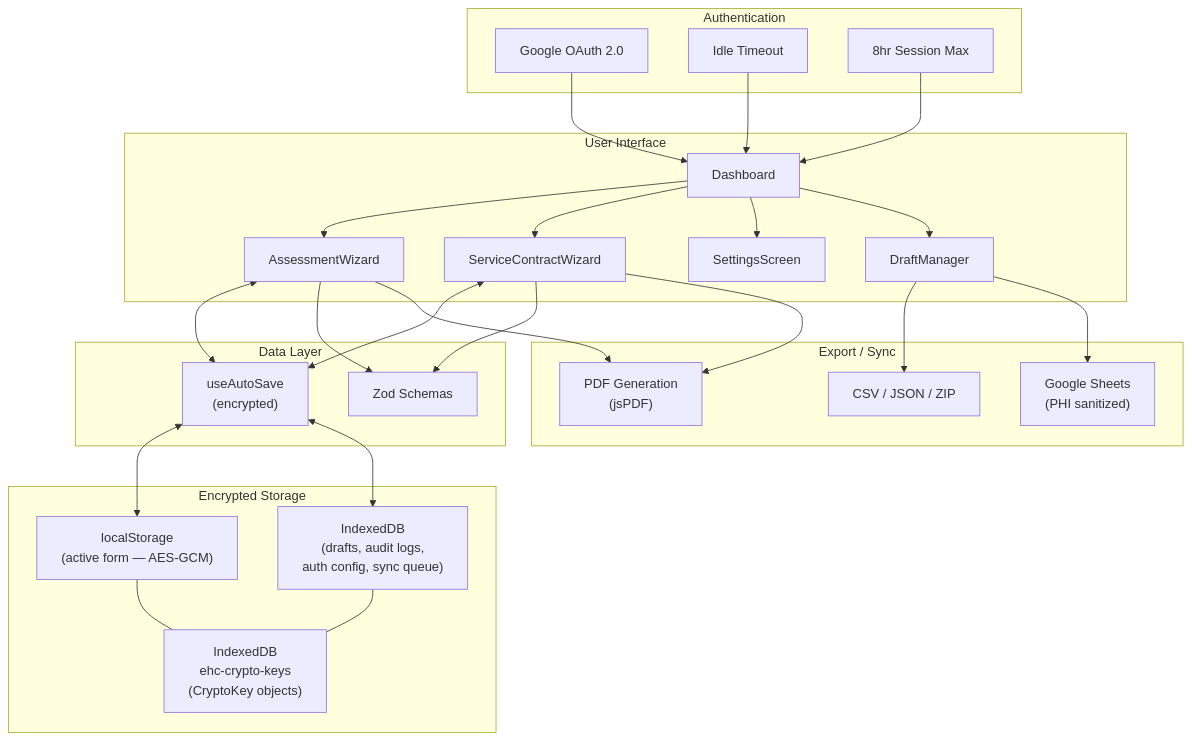
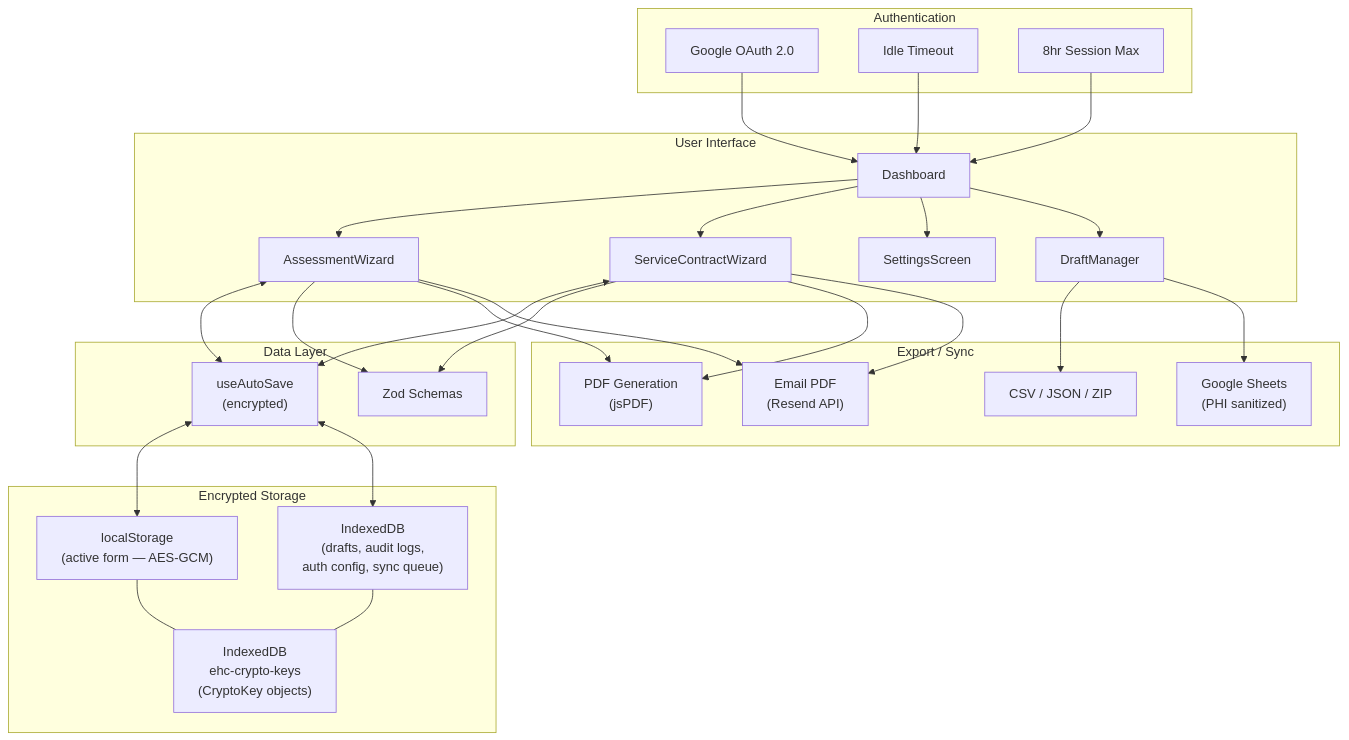
The first of 2 diagrams in ehc-assessment/README.md (sushil-negi/intake-automation), drawn with Mermaid before and after one commit. The commit also changed other lines of this file and 3 other files, not shown here.

````diff
--- a/ehc-assessment/README.md
+++ b/ehc-assessment/README.md
@@ -141,48 +148,51 @@
 ```mermaid
 flowchart TB
     subgraph UI ["User Interface"]
         Dashboard --> AssessmentWizard
         Dashboard --> ContractWizard["ServiceContractWizard"]
         Dashboard --> Settings["SettingsScreen"]
         Dashboard --> Drafts["DraftManager"]
     end
 
     subgraph DataLayer ["Data Layer"]
         AutoSave["useAutoSave\n(encrypted)"]
         Validation["Zod Schemas"]
     end
 
     subgraph Storage ["Encrypted Storage"]
         LS["localStorage\n(active form — AES-GCM)"]
         IDB["IndexedDB\n(drafts, audit logs,\nauth config, sync queue)"]
         CryptoDB["IndexedDB\nehc-crypto-keys\n(CryptoKey objects)"]
     end
 
     subgraph Export ["Export / Sync"]
         PDF["PDF Generation\n(jsPDF)"]
         CSV["CSV / JSON / ZIP"]
         Sheets["Google Sheets\n(PHI sanitized)"]
+        Email["Email PDF\n(Resend API)"]
     end
 
     subgraph Auth ["Authentication"]
         OAuth["Google OAuth 2.0"]
         IdleTimeout["Idle Timeout"]
         SessionExpiry["8hr Session Max"]
     end
 
     AssessmentWizard <--> AutoSave
     ContractWizard <--> AutoSave
     AssessmentWizard --> Validation
     ContractWizard --> Validation
     AutoSave <--> LS
     AutoSave <--> IDB
     LS --- CryptoDB
     IDB --- CryptoDB
     AssessmentWizard --> PDF
     ContractWizard --> PDF
     Drafts --> CSV
     Drafts --> Sheets
+    AssessmentWizard --> Email
+    ContractWizard --> Email
     OAuth --> Dashboard
     IdleTimeout --> Dashboard
     SessionExpiry --> Dashboard
 ```
````
